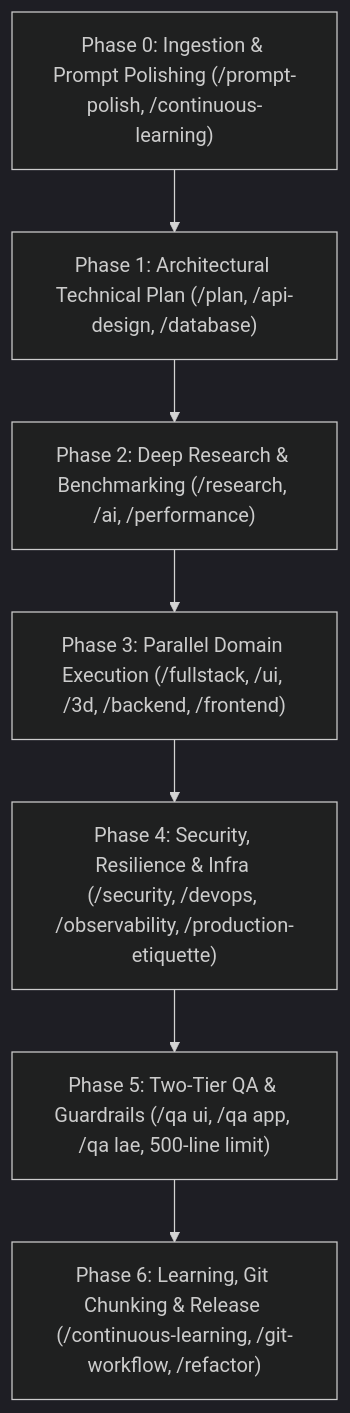
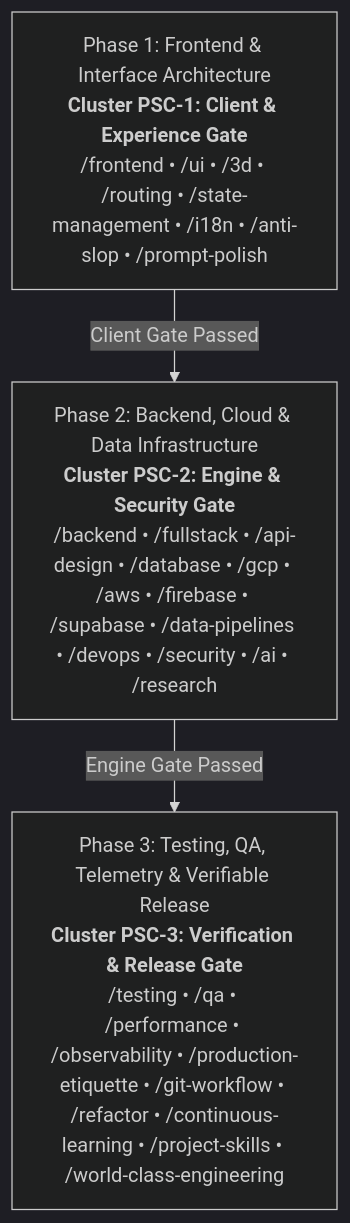
Before and after one commit to darknecrocities/SkillBuilder: the diagram in skills/full-scale-mode/references/phased-project-execution-matrix.md, drawn with Mermaid (dark theme). The commit also changed other lines of this file and 9 other files, not shown here.

````diff
--- a/skills/full-scale-mode/references/phased-project-execution-matrix.md
+++ b/skills/full-scale-mode/references/phased-project-execution-matrix.md
@@ -11,9 +11,9 @@
 ```mermaid
 flowchart TD
-    P0["Phase 0: Ingestion & Prompt Polishing (/prompt-polish, /continuous-learning)"] --> P1["Phase 1: Architectural Technical Plan (/plan, /api-design, /database)"]
-    P1 --> P2["Phase 2: Deep Research & Benchmarking (/research, /ai, /performance)"]
-    P2 --> P3["Phase 3: Parallel Domain Execution (/fullstack, /ui, /3d, /backend, /frontend)"]
-    P3 --> P4["Phase 4: Security, Resilience & Infra (/security, /devops, /observability, /production-etiquette)"]
-    P4 --> P5["Phase 5: Two-Tier QA & Guardrails (/qa ui, /qa app, /qa lae, 500-line limit)"]
-    P5 --> P6["Phase 6: Learning, Git Chunking & Release (/continuous-learning, /git-workflow, /refactor)"]
+    P1["Phase 1: Frontend & Interface Architecture<br/><b>Cluster PSC-1: Client & Experience Gate</b><br/>/frontend • /ui • /3d • /routing • /state-management • /i18n • /anti-slop • /prompt-polish"]
+    P2["Phase 2: Backend, Cloud & Data Infrastructure<br/><b>Cluster PSC-2: Engine & Security Gate</b><br/>/backend • /fullstack • /api-design • /database • /gcp • /aws • /firebase • /supabase • /data-pipelines • /devops • /security • /ai • /research"]
+    P3["Phase 3: Testing, QA, Telemetry & Verifiable Release<br/><b>Cluster PSC-3: Verification & Release Gate</b><br/>/testing • /qa • /performance • /observability • /production-etiquette • /git-workflow • /refactor • /continuous-learning • /project-skills • /world-class-engineering"]
+
+    P1 -->|Client Gate Passed| P2
+    P2 -->|Engine Gate Passed| P3
 ```
````
